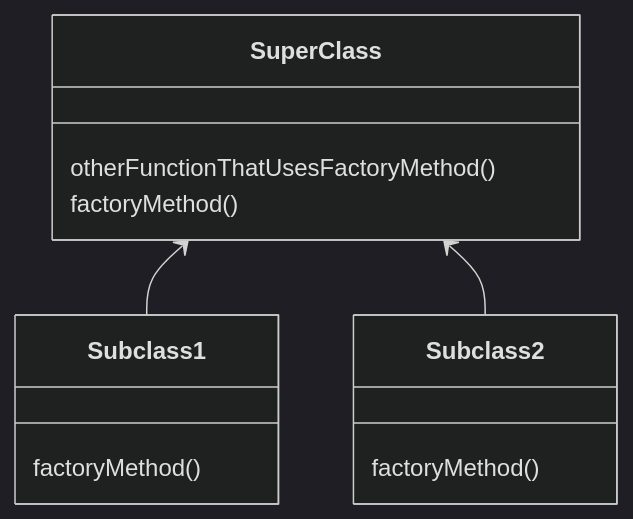
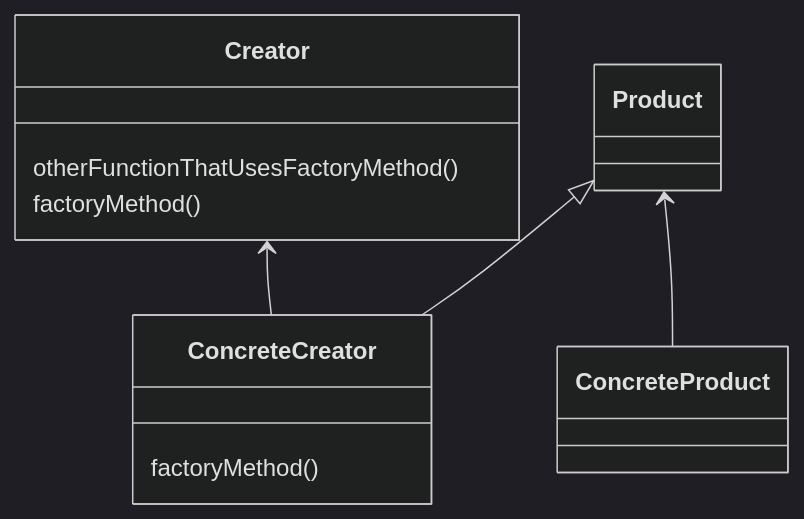
One commit to AhmedGharib0014/design_pattern_practice changed the second of 2 diagrams in design_pattern_practice/src/creational/factory/readme.md. Above: the diagram before and after it, drawn with Mermaid (dark theme). The commit also changed other lines of this file, not shown here.

Commit message:
refactor :readme factory design pattern

````diff
--- a/design_pattern_practice/src/creational/factory/readme.md
+++ b/design_pattern_practice/src/creational/factory/readme.md
@@ -38,19 +44,19 @@
 ```mermaid
  classDiagram
-    SuperClass <-- Subclass1
-    SuperClass <-- Subclass2
+    Creator <-- ConcreteCreator
+    Product <-- ConcreteProduct
+    Product <|-- ConcreteCreator
  
-    class SuperClass {
+    class Creator {
      otherFunctionThatUsesFactoryMethod()
      factoryMethod()
     } 
     
-    class Subclass1 {
+    class ConcreteCreator {
       factoryMethod()
     }
     
-     class Subclass2 {
-      factoryMethod()
-    }
-   
+    class Product {} 
+    
+    class ConcreteProduct {} 
 ```
````
